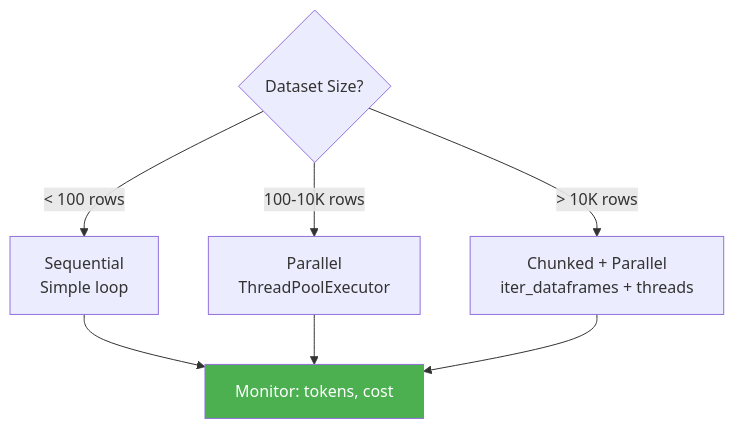
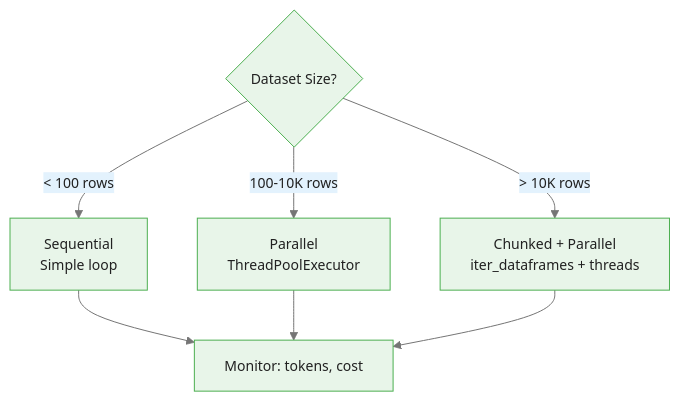
One commit to m-deane/course-creator changed the third of 6 diagrams in courses/dataiku-genai/modules/module_03_custom/guides/03_pipeline_integration_slides.md. Above: the diagram before and after it, drawn with Mermaid. The commit also changed other lines of this file and 54 other files, not shown here.

````diff
--- a/courses/dataiku-genai/modules/module_03_custom/guides/03_pipeline_integration_slides.md
+++ b/courses/dataiku-genai/modules/module_03_custom/guides/03_pipeline_integration_slides.md
@@ -191,13 +190,12 @@
 ```mermaid
+%%{init: {"theme": "base", "themeVariables": {"primaryColor": "#e8f5e9", "primaryBorderColor": "#4caf50", "primaryTextColor": "#212121", "secondaryColor": "#e3f2fd", "tertiaryColor": "#fff8e1", "lineColor": "#757575", "fontFamily": "Inter, sans-serif", "fontSize": "14px"}}}%%
 flowchart TD
     SIZE{Dataset Size?}
     SIZE -->|< 100 rows| SEQ[Sequential<br/>Simple loop]
     SIZE -->|100-10K rows| PAR[Parallel<br/>ThreadPoolExecutor]
     SIZE -->|> 10K rows| CHUNK[Chunked + Parallel<br/>iter_dataframes + threads]
 
     SEQ --> MON[Monitor: tokens, cost]
     PAR --> MON
     CHUNK --> MON
-
-    style MON fill:#4CAF50,color:#fff
 ```
````
